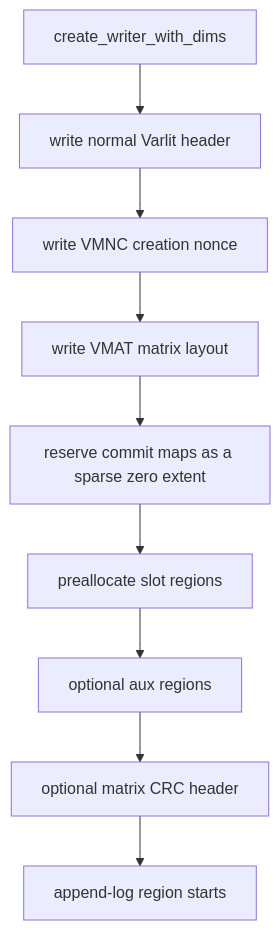
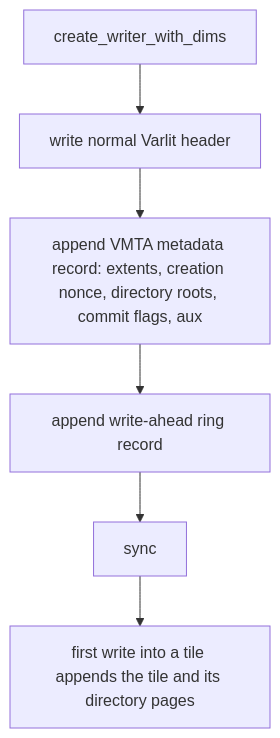
The sixth of 8 diagrams in docs/how-it-works.md (shim9610/varlit), drawn with Mermaid before and after one commit. The commit also changed other lines of this file and 3 other files, not shown here.

````diff
--- a/docs/how-it-works.md
+++ b/docs/how-it-works.md
@@ -296,11 +290,8 @@
 ```mermaid
 flowchart TD
     A["create_writer_with_dims"] --> B["write normal Varlit header"]
-    B --> B2["write VMNC creation nonce"]
-    B2 --> C["write VMAT matrix layout"]
-    C --> D["reserve commit maps as a sparse zero extent"]
-    D --> E["preallocate slot regions"]
-    E --> F["optional aux regions"]
-    F --> G["optional matrix CRC header"]
-    G --> H["append-log region starts"]
+    B --> C["append VMTA metadata record: extents, creation nonce, directory roots, commit flags, aux"]
+    C --> D["append write-ahead ring record"]
+    D --> E["sync"]
+    E --> F["first write into a tile appends the tile and its directory pages"]
 ```
````
